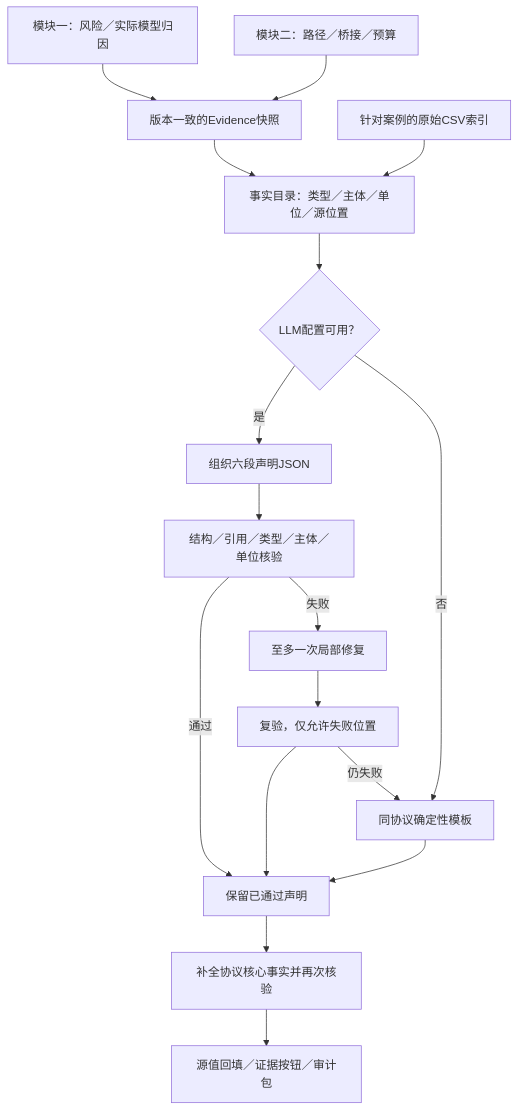
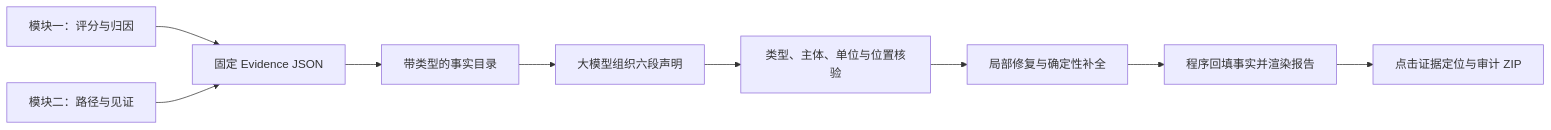
The diagram in web3-aml/docs/MODULE_03_EXPLAINABLE_REPORT.md (fengzhizhang-perkyass/lianjingzhian), drawn with Mermaid before and after one commit. The commit also changed other lines of this file and 663 other files, not shown here.

````diff
--- a/web3-aml/docs/MODULE_03_EXPLAINABLE_REPORT.md
+++ b/web3-aml/docs/MODULE_03_EXPLAINABLE_REPORT.md
@@ -27,19 +7,11 @@
 ```mermaid
-flowchart TD
-    M1[模块一：风险／实际模型归因] --> E[版本一致的Evidence快照]
-    M2[模块二：路径／桥接／预算] --> E
-    E --> F[事实目录：类型／主体／单位／源位置]
-    RAW[针对案例的原始CSV索引] --> F
-    F --> L{LLM配置可用？}
-    L -->|是| C[组织六段声明JSON]
-    L -->|否| T[同协议确定性模板]
-    C --> V[结构／引用／类型／主体／单位核验]
-    V -->|通过| P[保留已通过声明]
-    V -->|失败| R[至多一次局部修复]
-    R --> V2[复验，仅允许失败位置]
-    V2 --> P
-    V2 -->|仍失败| T
-    T --> P
-    P --> K[补全协议核心事实并再次核验]
-    K --> O[源值回填／证据按钮／审计包]
+flowchart LR
+    A[模块一：评分与归因] --> E[固定 Evidence JSON]
+    B[模块二：路径与见证] --> E
+    E --> F[带类型的事实目录]
+    F --> L[大模型组织六段声明]
+    L --> V[类型、主体、单位与位置核验]
+    V --> P[局部修复与确定性补全]
+    P --> R[程序回填事实并渲染报告]
+    R --> O[点击证据定位与审计 ZIP]
 ```
````
